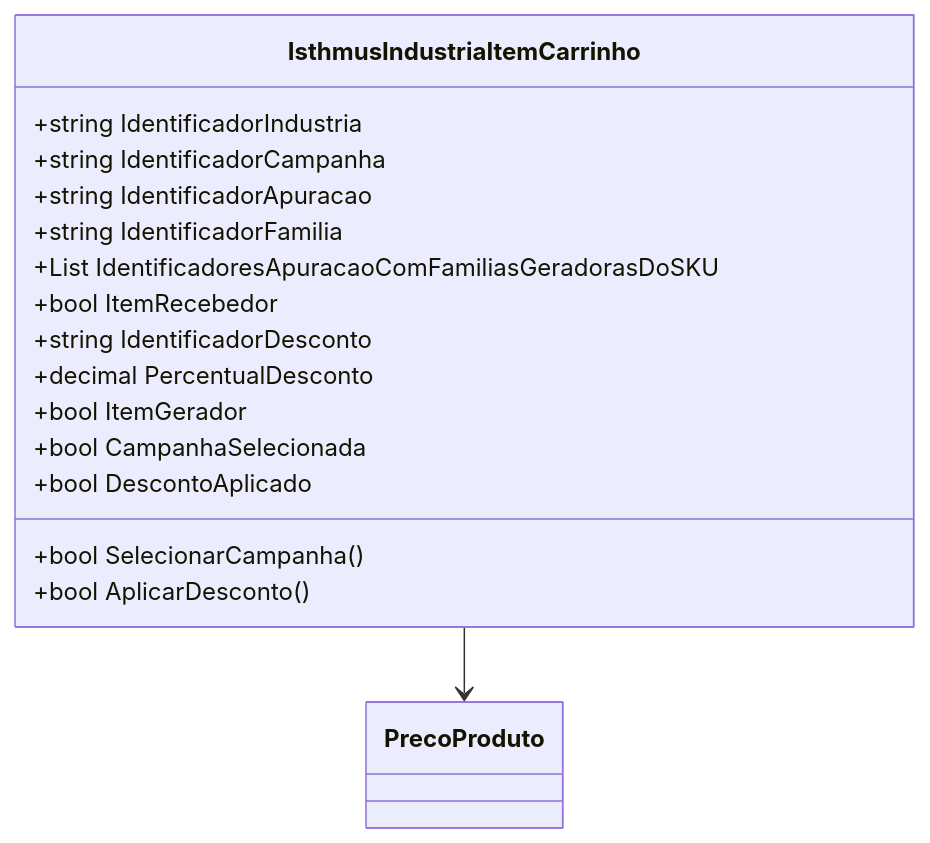
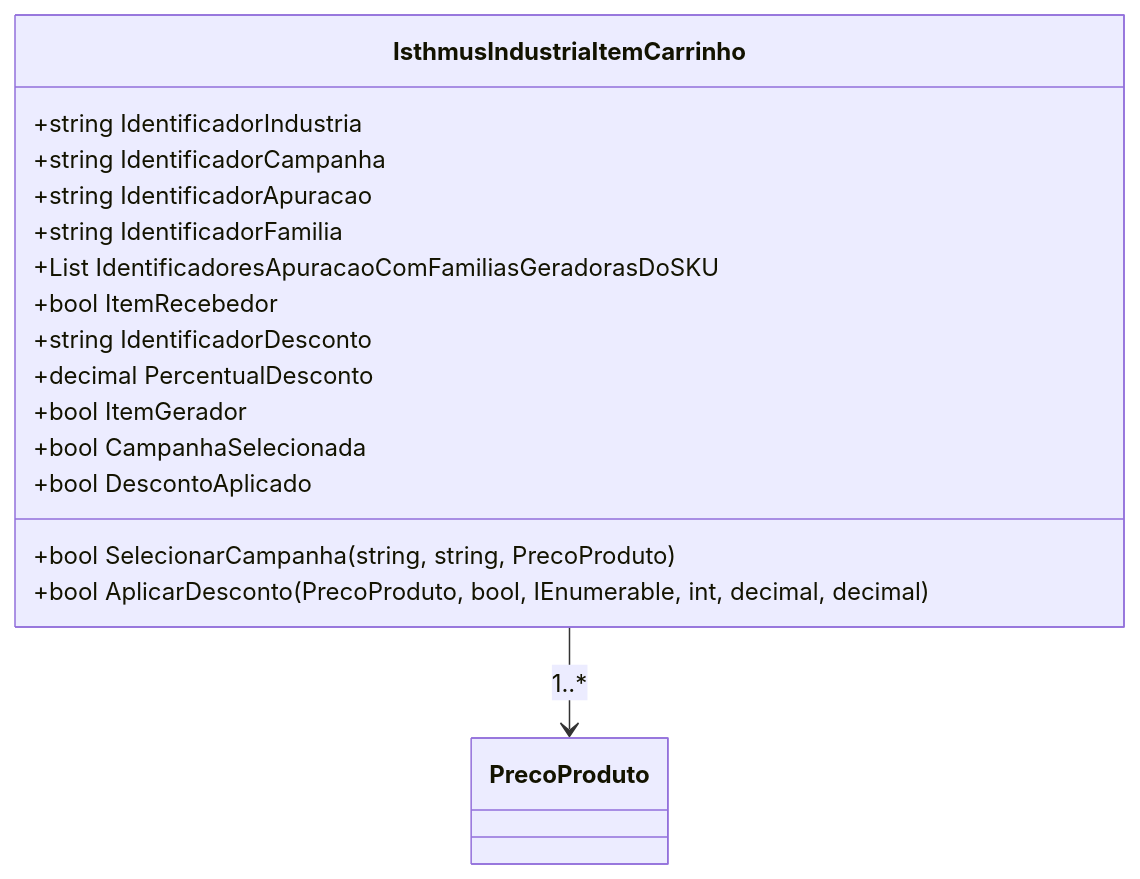
The third of 3 diagrams in docs/b2b-dominio/IsthmusWinthor.Nucleo/IsthmusWinthor.Dominio/POCO/Carrinho/IsthmusIndustriaItemCarrinho.md (IsthmusSistemas/documentacao-tecnica), drawn with Mermaid before and after one commit. The commit also changed other lines of this file and 882 other files, not shown here.

````diff
--- a/docs/b2b-dominio/IsthmusWinthor.Nucleo/IsthmusWinthor.Dominio/POCO/Carrinho/IsthmusIndustriaItemCarrinho.md
+++ b/docs/b2b-dominio/IsthmusWinthor.Nucleo/IsthmusWinthor.Dominio/POCO/Carrinho/IsthmusIndustriaItemCarrinho.md
@@ -78,19 +80,20 @@
 ```mermaid
 classDiagram
     class IsthmusIndustriaItemCarrinho {
         +string IdentificadorIndustria
         +string IdentificadorCampanha
         +string IdentificadorApuracao
         +string IdentificadorFamilia
         +List<string> IdentificadoresApuracaoComFamiliasGeradorasDoSKU
         +bool ItemRecebedor
         +string IdentificadorDesconto
         +decimal PercentualDesconto
         +bool ItemGerador
         +bool CampanhaSelecionada
         +bool DescontoAplicado
-        +bool SelecionarCampanha()
-        +bool AplicarDesconto()
+        +bool SelecionarCampanha(string, string, PrecoProduto)
+        +bool AplicarDesconto(PrecoProduto, bool, IEnumerable<string>, int, decimal, decimal)
     }
-    IsthmusIndustriaItemCarrinho --> PrecoProduto
+    class PrecoProduto
+    IsthmusIndustriaItemCarrinho --> PrecoProduto : 1..*
 ```
````
